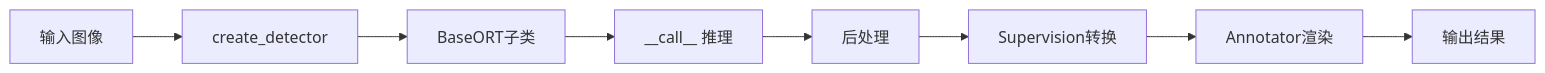
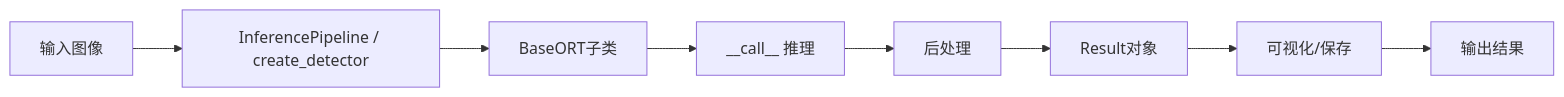
Before and after one commit to yyq19990828/onnxtools: the diagram in onnxtools/CLAUDE.md, drawn with Mermaid. The commit also changed other lines of this file and 5 other files, not shown here.

````diff
--- a/onnxtools/CLAUDE.md
+++ b/onnxtools/CLAUDE.md
@@ -345,10 +438,10 @@
 ```mermaid
 graph LR
-    A[输入图像] --> B[create_detector]
+    A[输入图像] --> B[InferencePipeline / create_detector]
     B --> C[BaseORT子类]
     C --> D[__call__ 推理]
     D --> E[后处理]
-    E --> F[Supervision转换]
-    F --> G[Annotator渲染]
+    E --> F[Result对象]
+    F --> G[可视化/保存]
     G --> H[输出结果]
 ```
````
